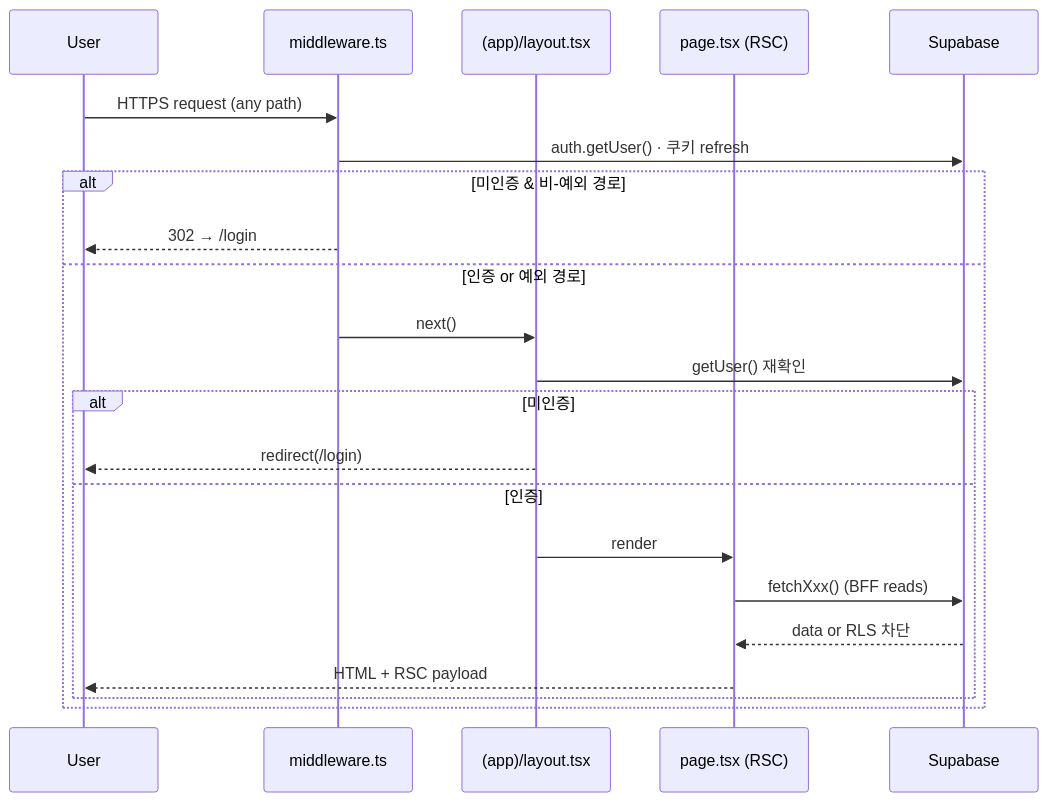
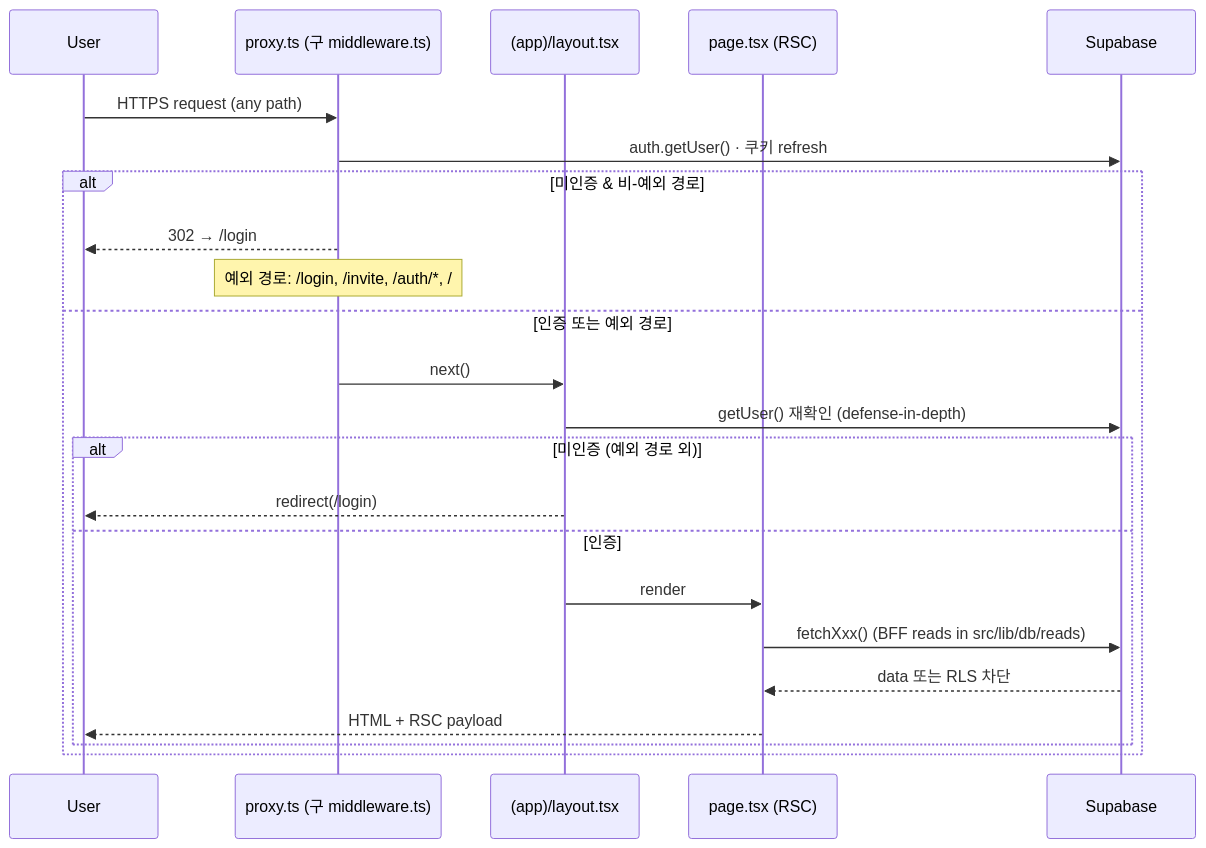
Diagram 13 of 13 in docs/DESIGN_FLOW.md (pistachio8/with-key-app), drawn with Mermaid before and after one commit. The commit also changed other lines of this file, not shown here.

First line of the commit message:
docs(design-flow): sync v1.1 with multi-group / invite / proxy

````diff
--- a/docs/DESIGN_FLOW.md
+++ b/docs/DESIGN_FLOW.md
@@ -277,25 +368,26 @@
 ```mermaid
 sequenceDiagram
   participant U as User
-  participant MW as middleware.ts
+  participant PX as proxy.ts (구 middleware.ts)
   participant L as (app)/layout.tsx
   participant P as page.tsx (RSC)
   participant SB as Supabase
 
-  U->>MW: HTTPS request (any path)
-  MW->>SB: auth.getUser() · 쿠키 refresh
+  U->>PX: HTTPS request (any path)
+  PX->>SB: auth.getUser() · 쿠키 refresh
   alt 미인증 & 비-예외 경로
-    MW-->>U: 302 → /login
-  else 인증 or 예외 경로
-    MW->>L: next()
-    L->>SB: getUser() 재확인
-    alt 미인증
+    PX-->>U: 302 → /login
+    Note over PX: 예외 경로: /login, /invite, /auth/*, /
+  else 인증 또는 예외 경로
+    PX->>L: next()
+    L->>SB: getUser() 재확인 (defense-in-depth)
+    alt 미인증 (예외 경로 외)
       L-->>U: redirect(/login)
     else 인증
       L->>P: render
-      P->>SB: fetchXxx() (BFF reads)
-      SB-->>P: data or RLS 차단
+      P->>SB: fetchXxx() (BFF reads in src/lib/db/reads)
+      SB-->>P: data 또는 RLS 차단
       P-->>U: HTML + RSC payload
     end
   end
 ```
````
